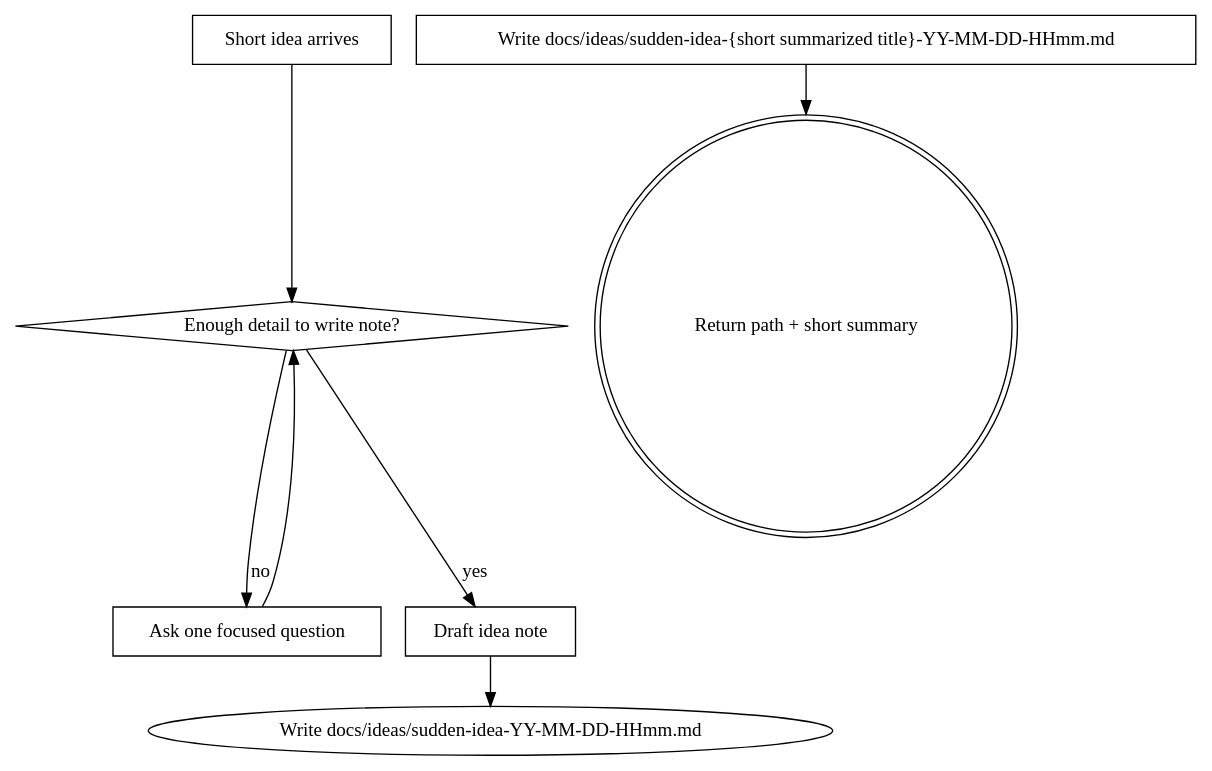
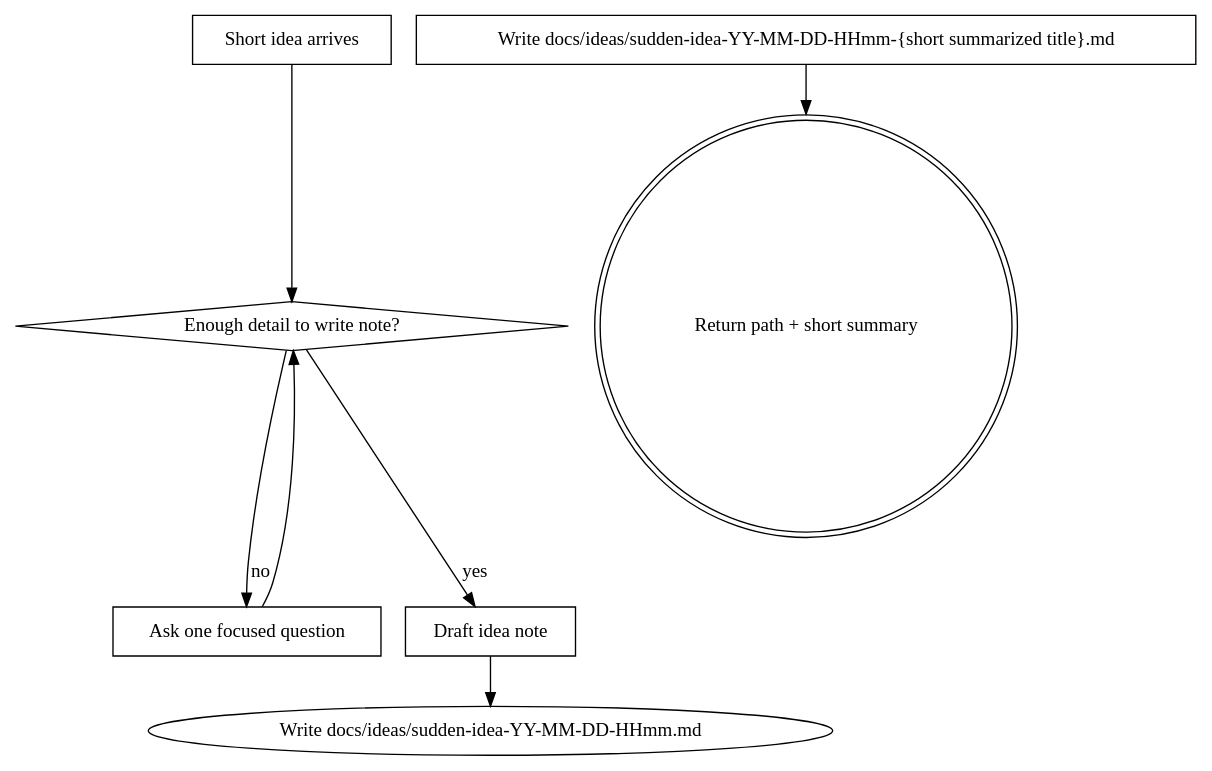
The diagram in .github/skills/sudden-idea/SKILL.md (zxh19890103/unnamed-places), drawn with Graphviz before and after one commit. The commit also changed other lines of this file, not shown here.

Commit message:
feat(skills): add done/comment meta fields to sudden-idea template

````diff
--- a/.github/skills/sudden-idea/SKILL.md
+++ b/.github/skills/sudden-idea/SKILL.md
@@ -32,17 +32,17 @@
 ```dot
 digraph sudden_idea_flow {
     "Short idea arrives" [shape=box];
     "Enough detail to write note?" [shape=diamond];
     "Ask one focused question" [shape=box];
     "Draft idea note" [shape=box];
-    "Write docs/ideas/sudden-idea-{short summarized title}-YY-MM-DD-HHmm.md" [shape=box];
+    "Write docs/ideas/sudden-idea-YY-MM-DD-HHmm-{short summarized title}.md" [shape=box];
     "Return path + short summary" [shape=doublecircle];
 
     "Short idea arrives" -> "Enough detail to write note?";
     "Enough detail to write note?" -> "Ask one focused question" [label="no"];
     "Ask one focused question" -> "Enough detail to write note?";
     "Enough detail to write note?" -> "Draft idea note" [label="yes"];
     "Draft idea note" -> "Write docs/ideas/sudden-idea-YY-MM-DD-HHmm.md";
-    "Write docs/ideas/sudden-idea-{short summarized title}-YY-MM-DD-HHmm.md" -> "Return path + short summary";
+    "Write docs/ideas/sudden-idea-YY-MM-DD-HHmm-{short summarized title}.md" -> "Return path + short summary";
 }
 ```
````
